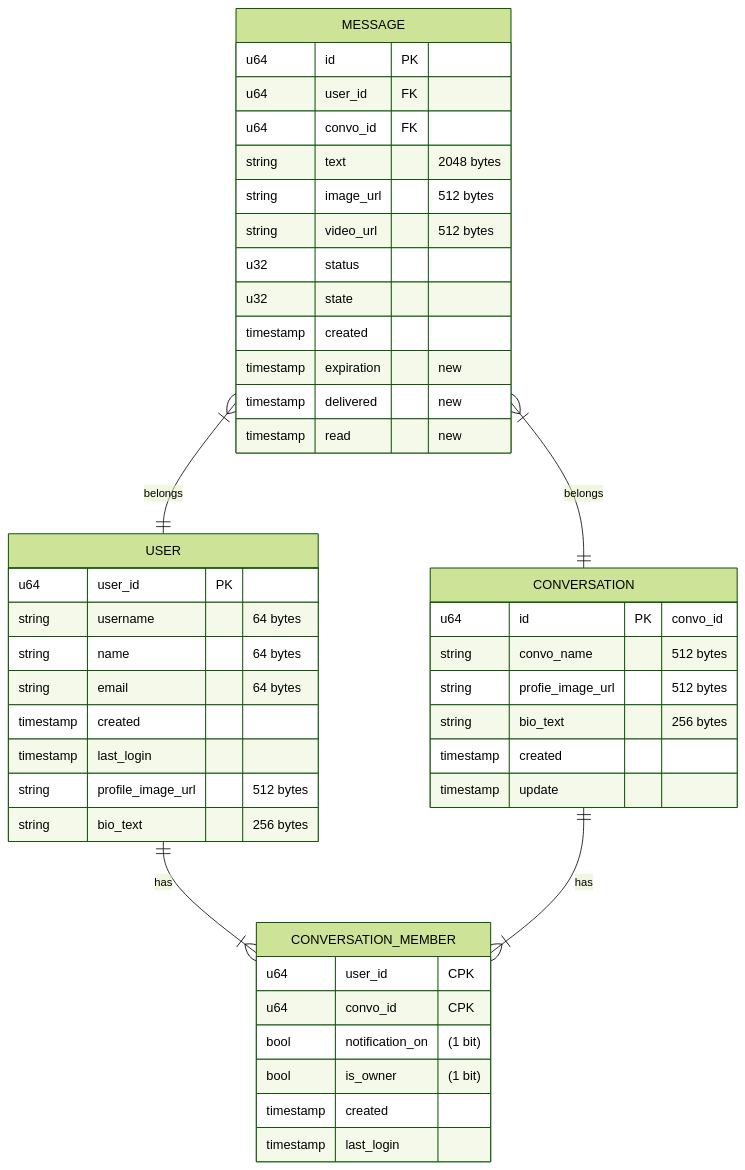
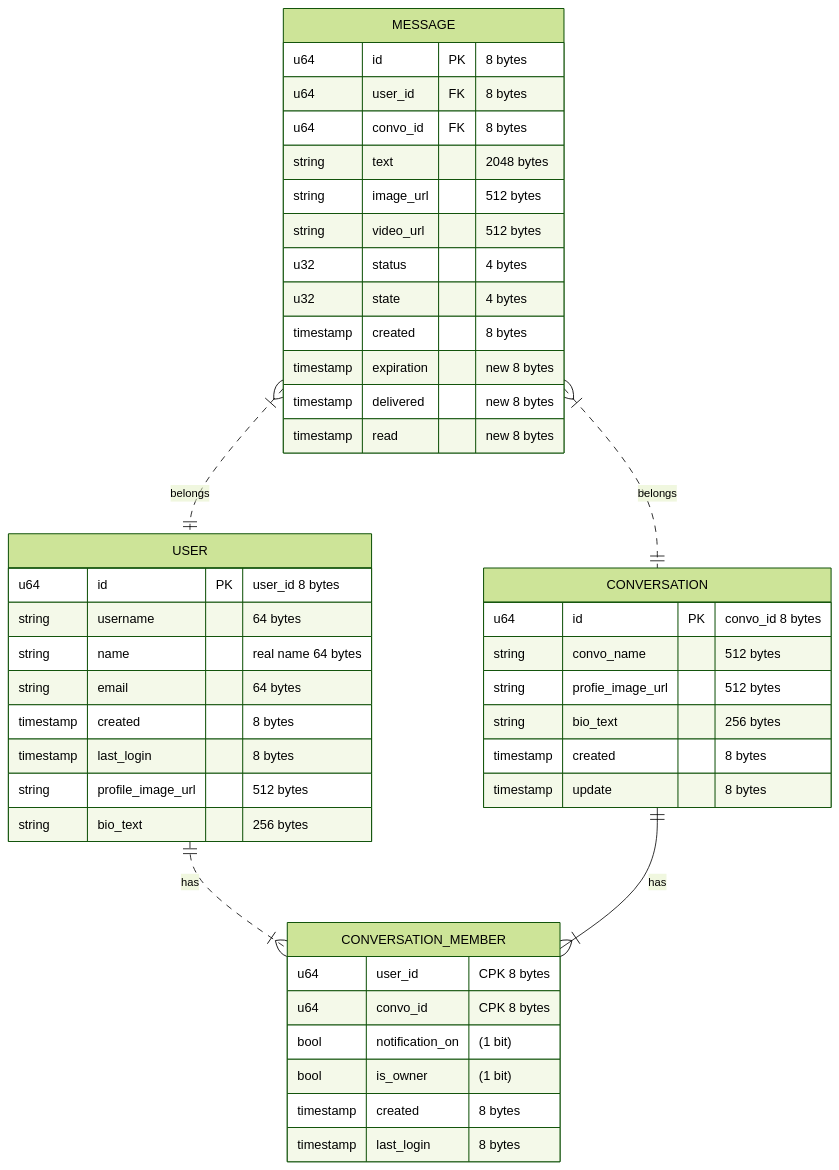
Before and after one commit to brpandey/leetcode-notes: the diagram in sys-design/hacking/29_messaging_ephemeral_storage.md, drawn with Mermaid (forest theme). The commit also changed other lines of this file and 16 other files, not shown here.

Commit message:
Added schema data type sizes

````diff
--- a/sys-design/hacking/29_messaging_ephemeral_storage.md
+++ b/sys-design/hacking/29_messaging_ephemeral_storage.md
@@ -50,51 +50,51 @@
 ```mermaid
 erDiagram
-    MESSAGE }|--|| USER : belongs
-    MESSAGE }|--|| CONVERSATION : belongs
-    USER ||--|{ CONVERSATION_MEMBER : has 
+    MESSAGE }|..|| USER : belongs
+    MESSAGE }|..|| CONVERSATION : belongs
+    USER ||..|{ CONVERSATION_MEMBER : has 
     CONVERSATION ||--|{ CONVERSATION_MEMBER : has 
 
     MESSAGE {
-        u64 id PK
-        u64 user_id FK 
-        u64 convo_id FK
+        u64 id PK "8 bytes"
+        u64 user_id FK "8 bytes"
+        u64 convo_id FK "8 bytes"
         string text "2048 bytes"
         string image_url "512 bytes"
         string video_url "512 bytes"
-        u32 status
-        u32 state
-        timestamp created
-        timestamp expiration "new"
-        timestamp delivered "new"
-        timestamp read "new"
+        u32 status "4 bytes"
+        u32 state "4 bytes"
+        timestamp created "8 bytes"
+        timestamp expiration "new 8 bytes"
+        timestamp delivered "new 8 bytes"
+        timestamp read "new 8 bytes"
     }
 
     CONVERSATION {
-        u64 id PK "convo_id"
+        u64 id PK "convo_id 8 bytes"
         string convo_name "512 bytes"
         string profie_image_url "512 bytes"
         string bio_text "256 bytes"
-        timestamp created
-        timestamp update
+        timestamp created "8 bytes"
+        timestamp update "8 bytes"
     }
 
     USER {
-        u64 user_id PK
+        u64 id PK "user_id 8 bytes"
         string username "64 bytes"
-        string name "64 bytes"
+        string name "real name 64 bytes"
         string email "64 bytes"
-        timestamp created
-        timestamp last_login
+        timestamp created "8 bytes"
+        timestamp last_login "8 bytes"
         string profile_image_url "512 bytes"
         string bio_text "256 bytes"
     }
 
     CONVERSATION_MEMBER {
-        u64 user_id "CPK"
-        u64 convo_id "CPK"
+        u64 user_id "CPK 8 bytes"
+        u64 convo_id "CPK 8 bytes"
         bool notification_on "(1 bit)"
         bool is_owner "(1 bit)"
-        timestamp created
-        timestamp last_login
+        timestamp created "8 bytes"
+        timestamp last_login "8 bytes"
     }
 ```
````
